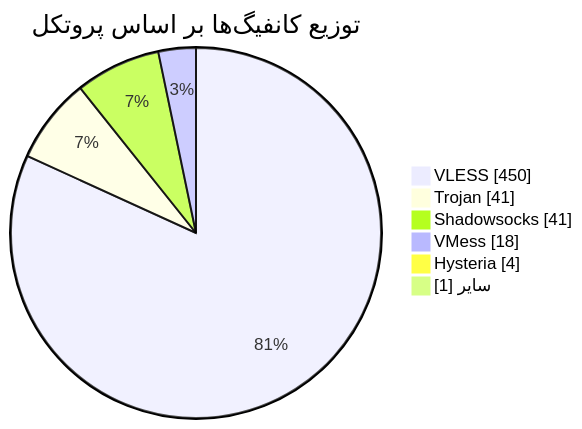
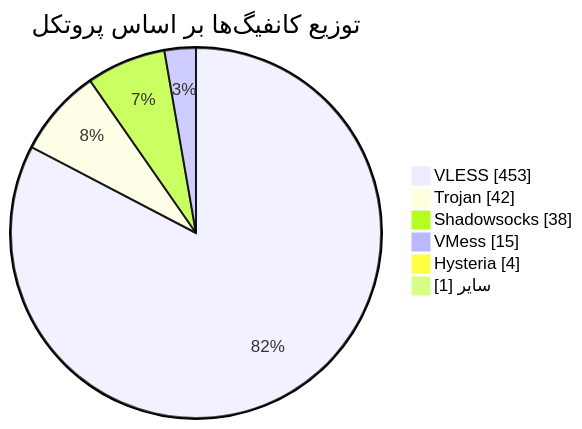
The diagram in README.md (Arian-Alijani/Somthing), drawn with Mermaid before and after one commit. The commit also changed other lines of this file and 83 other files, not shown here.

````diff
--- a/README.md
+++ b/README.md
@@ -48,10 +48,10 @@
 ```mermaid
 pie showData
     title توزیع کانفیگ‌ها بر اساس پروتکل
-    "VLESS" : 450
-    "Trojan" : 41
-    "Shadowsocks" : 41
-    "VMess" : 18
+    "VLESS" : 453
+    "Trojan" : 42
+    "Shadowsocks" : 38
+    "VMess" : 15
     "Hysteria" : 4
     "سایر" : 1
 ```
````
